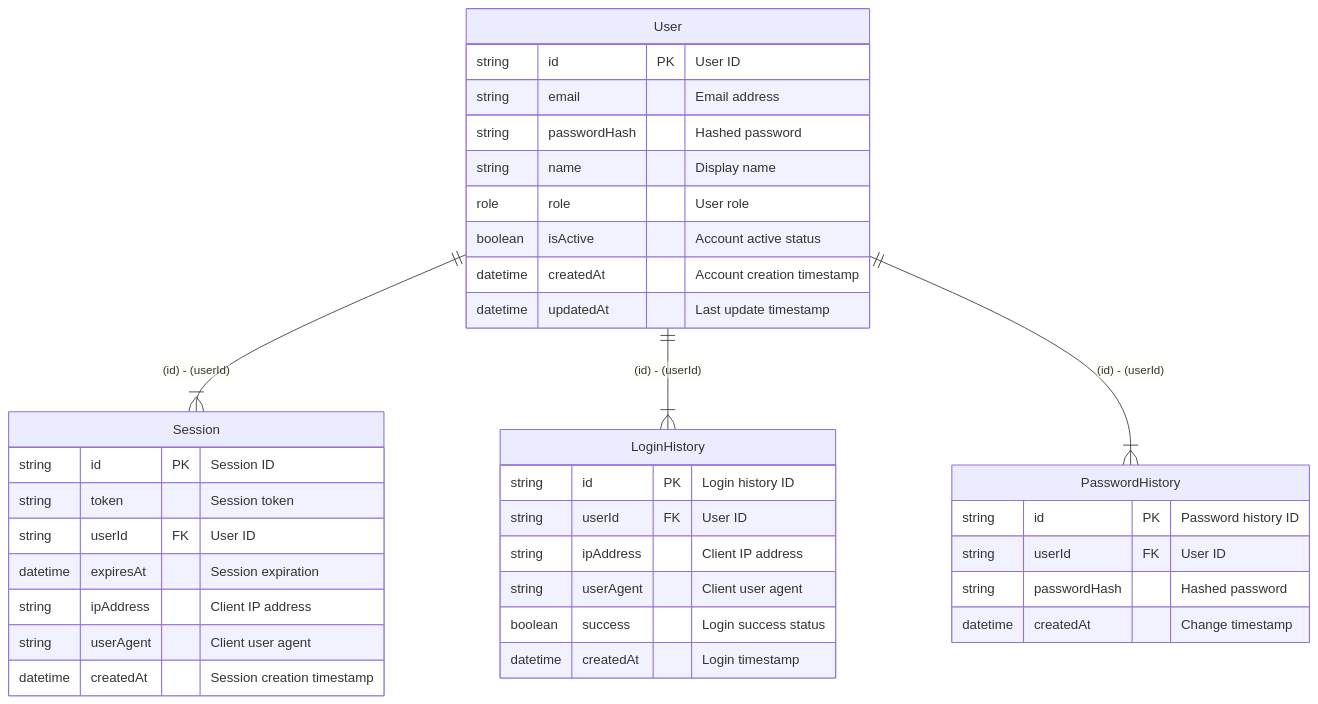
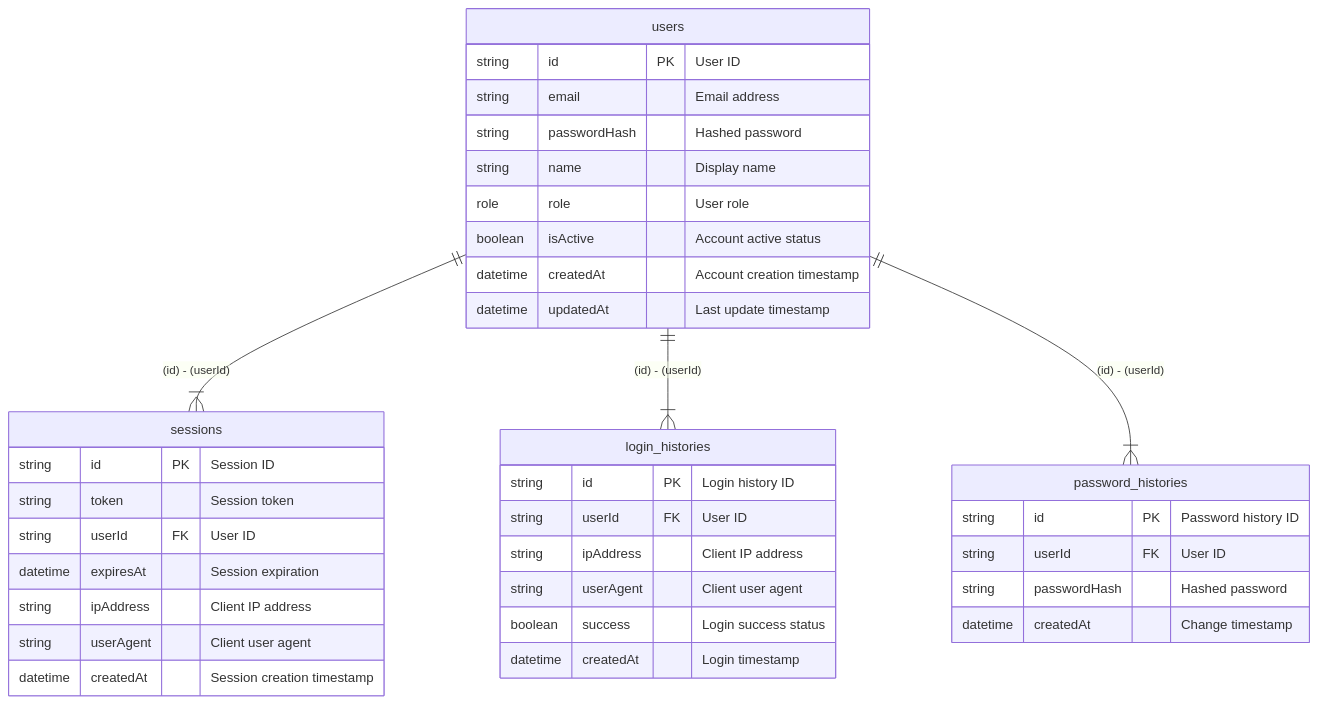
The diagram in fixtures/session-auth/mermaid-er/ER.md (nakita628/hekireki), drawn with Mermaid before and after one commit. The commit also changed 24 other files, not shown here.

````diff
--- a/fixtures/session-auth/mermaid-er/ER.md
+++ b/fixtures/session-auth/mermaid-er/ER.md
@@ -1,39 +1,39 @@
 ```mermaid
 erDiagram
-    User ||--}| Session : "(id) - (userId)"
-    User ||--}| LoginHistory : "(id) - (userId)"
-    User ||--}| PasswordHistory : "(id) - (userId)"
-    User {
+    users ||--}| sessions : "(id) - (userId)"
+    users ||--}| login_histories : "(id) - (userId)"
+    users ||--}| password_histories : "(id) - (userId)"
+    users {
         string id PK "User ID"
         string email "Email address"
         string passwordHash "Hashed password"
         string name "Display name"
         role role "User role"
         boolean isActive "Account active status"
         datetime createdAt "Account creation timestamp"
         datetime updatedAt "Last update timestamp"
     }
-    Session {
+    sessions {
         string id PK "Session ID"
         string token "Session token"
         string userId FK "User ID"
         datetime expiresAt "Session expiration"
         string ipAddress "Client IP address"
         string userAgent "Client user agent"
         datetime createdAt "Session creation timestamp"
     }
-    LoginHistory {
+    login_histories {
         string id PK "Login history ID"
         string userId FK "User ID"
         string ipAddress "Client IP address"
         string userAgent "Client user agent"
         boolean success "Login success status"
         datetime createdAt "Login timestamp"
     }
-    PasswordHistory {
+    password_histories {
         string id PK "Password history ID"
         string userId FK "User ID"
         string passwordHash "Hashed password"
         datetime createdAt "Change timestamp"
     }
 ```
````
